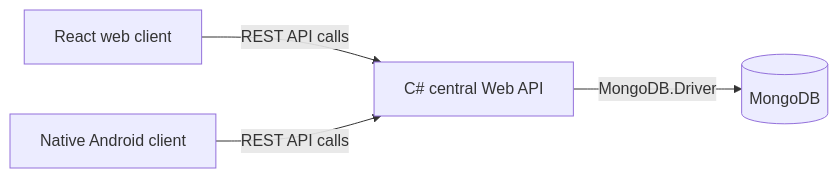
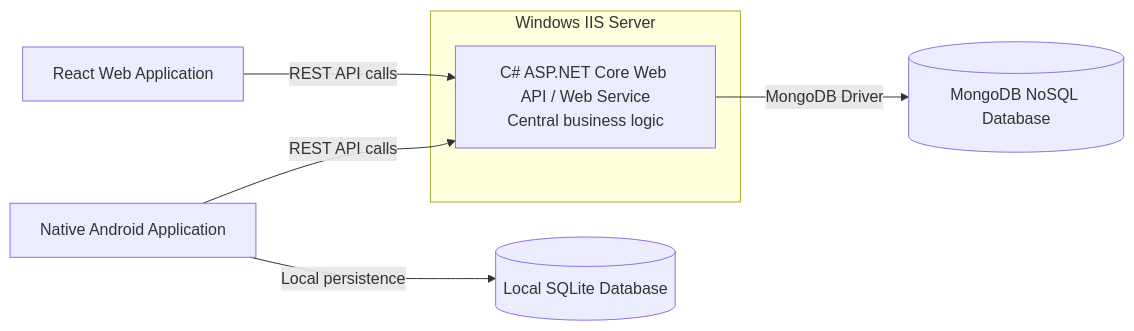
Before and after one commit to Smart-Solar-Microgrid-Trading-System/SmartSolarFinal: the diagram in README.md, drawn with Mermaid. The commit also changed other lines of this file, not shown here.

Commit message:
docs: update README to enhance project overview, clarify system architecture, and detail main functionalities

````diff
--- a/README.md
+++ b/README.md
@@ -28,6 +28,17 @@
 ```mermaid
 flowchart LR
-    Web[React web client] -->|REST API calls| Api[C# central Web API]
-    Android[Native Android client] -->|REST API calls| Api
-    Api -->|MongoDB.Driver| Db[(MongoDB)]
+    Web[React Web Application]
+    Android[Native Android Application]
+    SQLite[(Local SQLite Database)]
+
+    subgraph IIS[Windows IIS Server]
+        Api[C# ASP.NET Core Web API / Web Service<br/>Central business logic]
+    end
+
+    MongoDB[(MongoDB NoSQL Database)]
+
+    Web -->|REST API calls| Api
+    Android -->|REST API calls| Api
+    Android -->|Local persistence| SQLite
+    Api -->|MongoDB Driver| MongoDB
 ```
````
